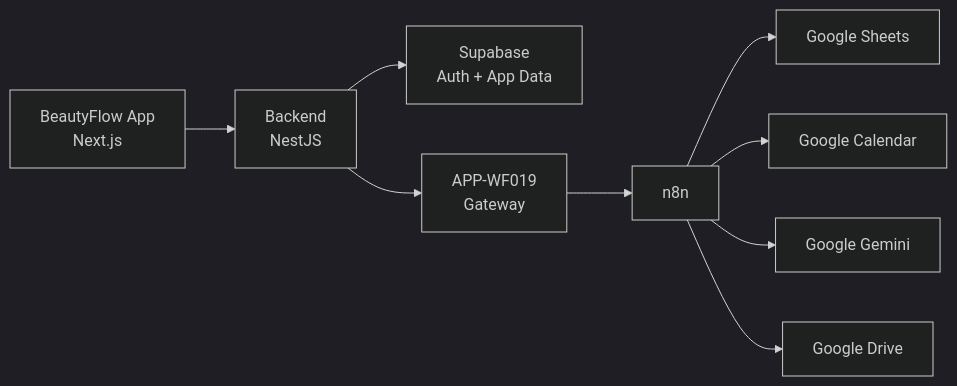
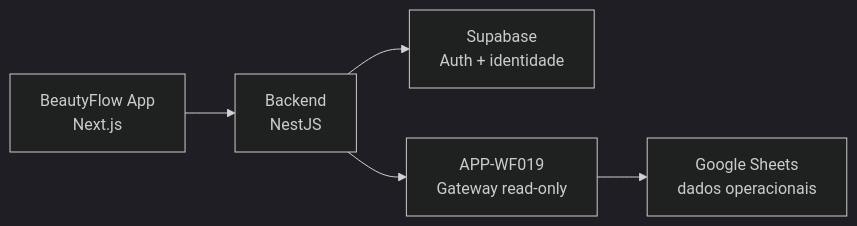
One commit to Kelencs/beautyflow-ai changed the fourth of 12 diagrams in README.md. Above: the diagram before and after it, drawn with Mermaid (dark theme). The commit also changed other lines of this file and 2 other files, not shown here.

First line of the commit message:
docs: sync BeautyFlow status after APP-WF019 homologation

````diff
--- a/README.md
+++ b/README.md
@@ -166,11 +161,7 @@
 ```mermaid
 flowchart LR
     A["BeautyFlow App<br/>Next.js"] --> B["Backend<br/>NestJS"]
-    B --> C["Supabase<br/>Auth + App Data"]
-    B --> D["APP-WF019<br/>Gateway"]
-    D --> E["n8n"]
-    E --> F["Google Sheets"]
-    E --> G["Google Calendar"]
-    E --> H["Google Gemini"]
-    E --> I["Google Drive"]
+    B --> C["Supabase<br/>Auth + identidade"]
+    B --> D["APP-WF019<br/>Gateway read-only"]
+    D --> E["Google Sheets<br/>dados operacionais"]
 ```
````
